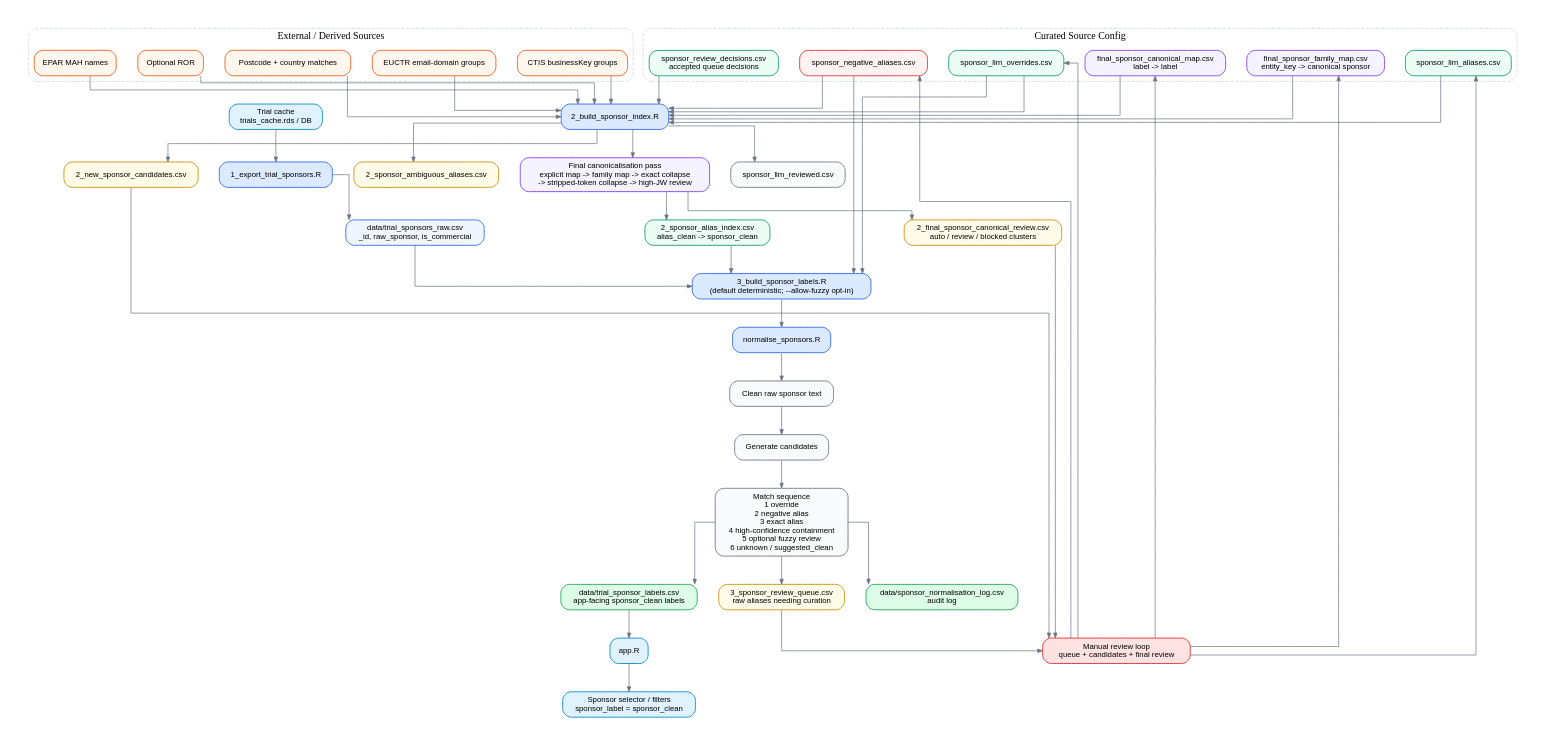
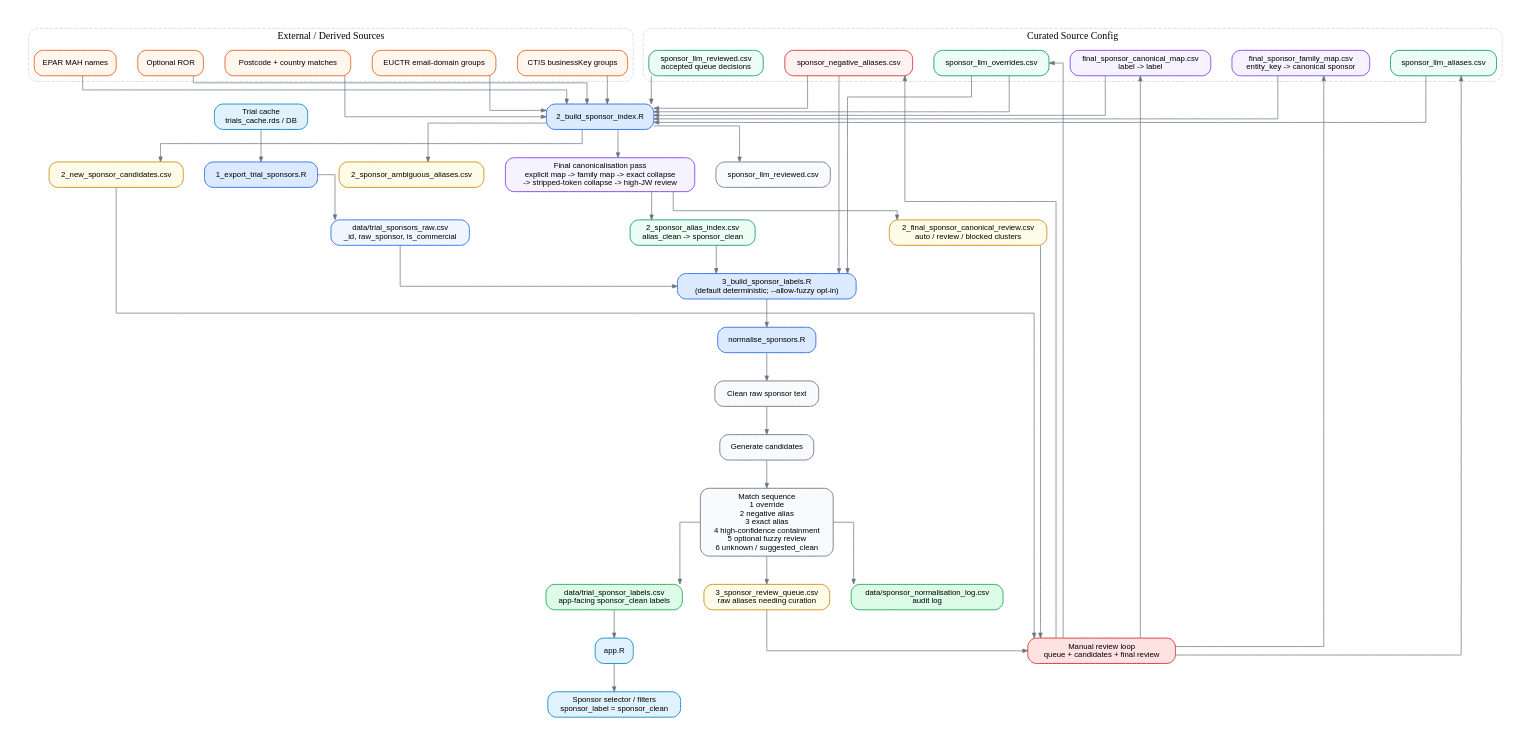
Before and after one commit to rmvpaeme/shiny_trials: the diagram in rmarkdown/sponsor_normalisation_pipeline.dot, drawn with Graphviz. The commit also changed 6 other files, not shown here.

```diff
--- a/rmarkdown/sponsor_normalisation_pipeline.dot
+++ b/rmarkdown/sponsor_normalisation_pipeline.dot
@@ -1,127 +1,127 @@
 digraph sponsor_normalisation_pipeline {
   graph [
     rankdir = TB,
     bgcolor = "white",
     pad = "0.35",
     nodesep = "0.42",
     ranksep = "0.55",
     splines = ortho,
     outputorder = edgesfirst
   ];
 
   node [
     shape = box,
     style = "rounded,filled",
     fontname = "Helvetica",
     fontsize = 11,
     color = "#6B7280",
     penwidth = 1.2,
     fillcolor = "#F8FAFC",
     margin = "0.12,0.08"
   ];
 
   edge [
     fontname = "Helvetica",
     fontsize = 9,
     color = "#6B7280",
     arrowsize = 0.7
   ];
 
   cache [label = "Trial cache\ntrials_cache.rds / DB", fillcolor = "#E0F2FE", color = "#0284C7"];
   export [label = "1_export_trial_sponsors.R", fillcolor = "#DBEAFE", color = "#2563EB"];
   raw [label = "data/trial_sponsors_raw.csv\n_id, raw_sponsor, is_commercial", fillcolor = "#EFF6FF", color = "#2563EB"];
 
   subgraph cluster_config {
     label = "Curated Source Config";
     color = "#CBD5E1";
     style = "rounded,dashed";
     aliases [label = "sponsor_llm_aliases.csv", fillcolor = "#ECFDF5", color = "#059669"];
     overrides [label = "sponsor_llm_overrides.csv", fillcolor = "#ECFDF5", color = "#059669"];
     negatives [label = "sponsor_negative_aliases.csv", fillcolor = "#FEF2F2", color = "#DC2626"];
-    reviewed [label = "sponsor_review_decisions.csv\naccepted queue decisions", fillcolor = "#ECFDF5", color = "#059669"];
+    reviewed [label = "sponsor_llm_reviewed.csv\naccepted queue decisions", fillcolor = "#ECFDF5", color = "#059669"];
     final_map [label = "final_sponsor_canonical_map.csv\nlabel -> label", fillcolor = "#F5F3FF", color = "#7C3AED"];
     family_map [label = "final_sponsor_family_map.csv\nentity_key -> canonical sponsor", fillcolor = "#F5F3FF", color = "#7C3AED"];
   }
 
   subgraph cluster_external {
     label = "External / Derived Sources";
     color = "#CBD5E1";
     style = "rounded,dashed";
     epar [label = "EPAR MAH names", fillcolor = "#FFF7ED", color = "#EA580C"];
     ctis [label = "CTIS businessKey groups", fillcolor = "#FFF7ED", color = "#EA580C"];
     euctr [label = "EUCTR email-domain groups", fillcolor = "#FFF7ED", color = "#EA580C"];
     postcode [label = "Postcode + country matches", fillcolor = "#FFF7ED", color = "#EA580C"];
     ror [label = "Optional ROR", fillcolor = "#FFF7ED", color = "#EA580C"];
   }
 
   index [label = "2_build_sponsor_index.R", fillcolor = "#DBEAFE", color = "#2563EB"];
   canonical [label = "Final canonicalisation pass\nexplicit map -> family map -> exact collapse\n-> stripped-token collapse -> high-JW review", fillcolor = "#F5F3FF", color = "#7C3AED"];
 
   alias_index [label = "2_sponsor_alias_index.csv\nalias_clean -> sponsor_clean", fillcolor = "#ECFDF5", color = "#059669"];
   llm [label = "sponsor_llm_reviewed.csv", fillcolor = "#F8FAFC"];
   ambiguous [label = "2_sponsor_ambiguous_aliases.csv", fillcolor = "#FEFCE8", color = "#CA8A04"];
   candidates [label = "2_new_sponsor_candidates.csv", fillcolor = "#FEFCE8", color = "#CA8A04"];
   final_review [label = "2_final_sponsor_canonical_review.csv\nauto / review / blocked clusters", fillcolor = "#FEFCE8", color = "#CA8A04"];
 
   labels_script [label = "3_build_sponsor_labels.R\n(default deterministic; --allow-fuzzy opt-in)", fillcolor = "#DBEAFE", color = "#2563EB"];
   normalise [label = "normalise_sponsors.R", fillcolor = "#DBEAFE", color = "#2563EB"];
 
   clean [label = "Clean raw sponsor text", fillcolor = "#F8FAFC"];
   candidates_step [label = "Generate candidates", fillcolor = "#F8FAFC"];
   match [label = "Match sequence\n1 override\n2 negative alias\n3 exact alias\n4 high-confidence containment\n5 optional fuzzy review\n6 unknown / suggested_clean", fillcolor = "#F8FAFC"];
 
   trial_labels [label = "data/trial_sponsor_labels.csv\napp-facing sponsor_clean labels", fillcolor = "#DCFCE7", color = "#16A34A"];
   norm_log [label = "data/sponsor_normalisation_log.csv\naudit log", fillcolor = "#DCFCE7", color = "#16A34A"];
   queue [label = "3_sponsor_review_queue.csv\nraw aliases needing curation", fillcolor = "#FEFCE8", color = "#CA8A04"];
 
   app [label = "app.R", fillcolor = "#E0F2FE", color = "#0284C7"];
   selector [label = "Sponsor selector / filters\nsponsor_label = sponsor_clean", fillcolor = "#E0F2FE", color = "#0284C7"];
 
   curation [label = "Manual review loop\nqueue + candidates + final review", fillcolor = "#FEE2E2", color = "#DC2626"];
 
   cache -> export -> raw;
 
   aliases -> index;
   overrides -> index;
   negatives -> index;
   reviewed -> index;
   final_map -> index;
   family_map -> index;
 
   epar -> index;
   ctis -> index;
   euctr -> index;
   postcode -> index;
   ror -> index;
 
   index -> canonical;
   canonical -> alias_index;
   index -> llm;
   index -> ambiguous;
   index -> candidates;
   canonical -> final_review;
 
   raw -> labels_script;
   alias_index -> labels_script;
   overrides -> labels_script;
   negatives -> labels_script;
 
   labels_script -> normalise;
   normalise -> clean -> candidates_step -> match;
 
   match -> trial_labels;
   match -> norm_log;
   match -> queue;
 
   trial_labels -> app -> selector;
 
   queue -> curation;
   candidates -> curation;
   final_review -> curation;
 
   curation -> aliases;
   curation -> overrides;
   curation -> negatives;
   curation -> final_map;
   curation -> family_map;
 }
```
